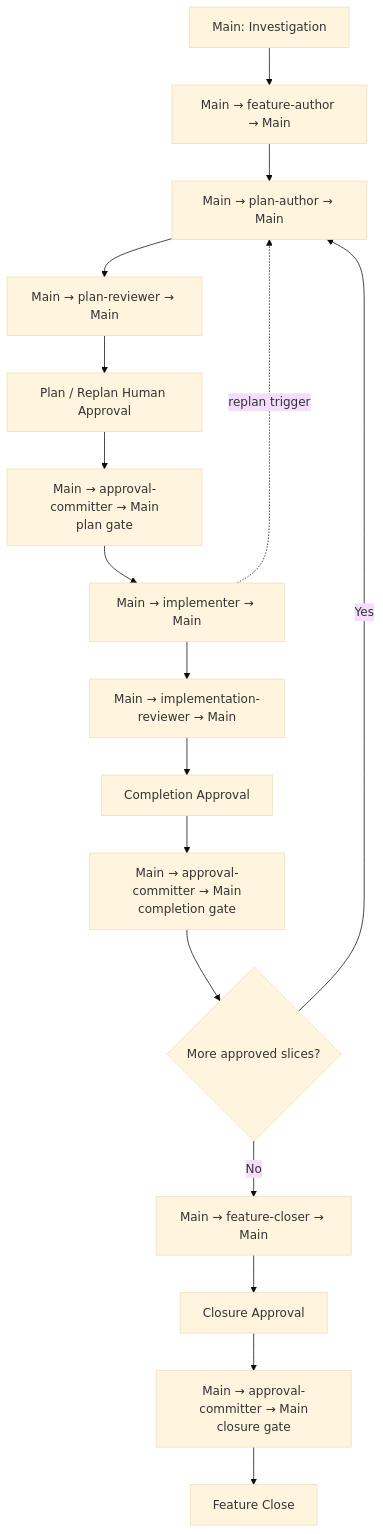
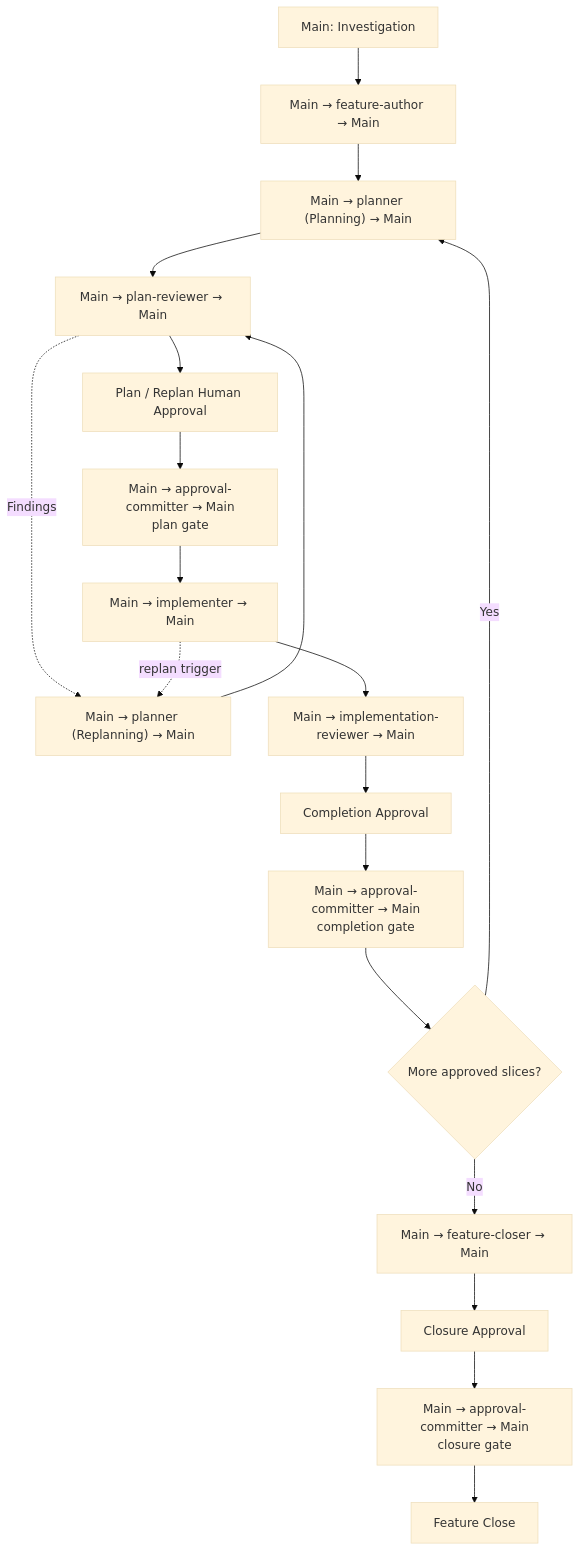
One commit to kittybbit/vscode-ajsbutler changed the diagram in docs/specs/README.md. Above: the diagram before and after it, drawn with Mermaid (base theme). The commit also changed other lines of this file and 9 other files, not shown here.

````diff
--- a/docs/specs/README.md
+++ b/docs/specs/README.md
@@ -30,19 +30,21 @@
 ```mermaid
 flowchart TD
     A["Main: Investigation"] --> B["Main → feature-author → Main"]
-    B --> C["Main → plan-author → Main"]
+    B --> C["Main → planner (Planning) → Main"]
     C --> D["Main → plan-reviewer → Main"]
+    D -. "Findings" .-> R["Main → planner (Replanning) → Main"]
+    R --> D
     D --> E["Plan / Replan Human Approval"]
     E --> F["Main → approval-committer → Main<br/>plan gate"]
     F --> G["Main → implementer → Main"]
     G --> H["Main → implementation-reviewer → Main"]
     H --> I["Completion Approval"]
     I --> J["Main → approval-committer → Main<br/>completion gate"]
     J --> K{"More approved slices?"}
     K -->|"Yes"| C
     K -->|"No"| L["Main → feature-closer → Main"]
     L --> M["Closure Approval"]
     M --> N["Main → approval-committer → Main<br/>closure gate"]
     N --> O["Feature Close"]
-    G -. "replan trigger" .-> C
+    G -. "replan trigger" .-> R
 ```
````
